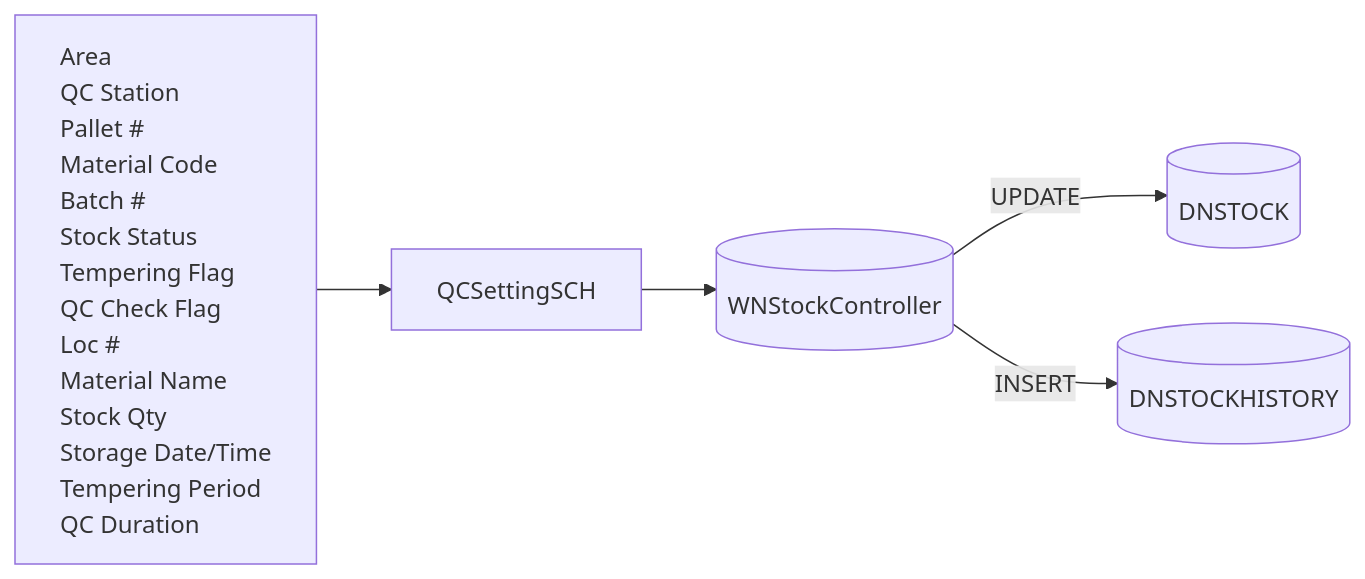
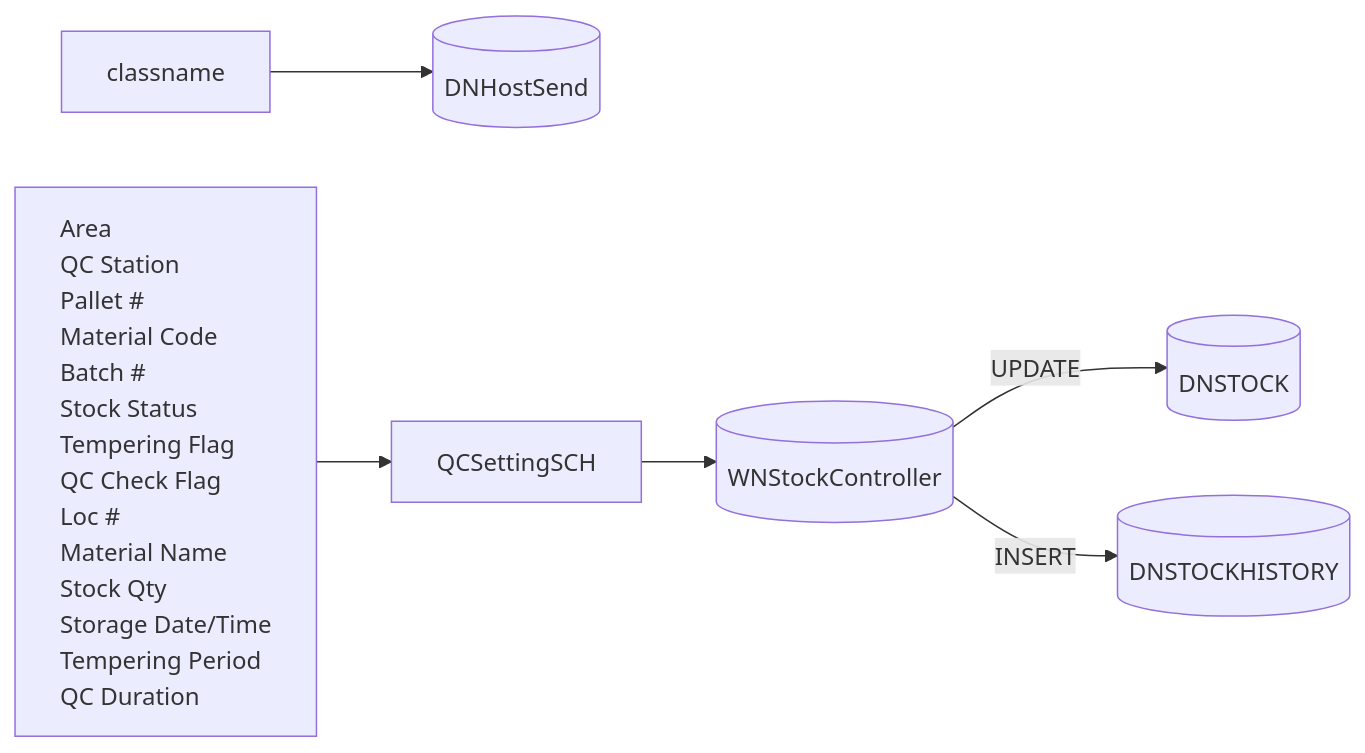
The second of 2 diagrams in Basic-Design/DFD-WMS/QC-Setting/Update-QC-Status.md (luthfiadityaa/SimeDarby-Wiki), drawn with Mermaid before and after one commit. The commit also changed other lines of this file, not shown here.

```diff
--- a/Basic-Design/DFD-WMS/QC-Setting/Update-QC-Status.md
+++ b/Basic-Design/DFD-WMS/QC-Setting/Update-QC-Status.md
@@ -50,40 +50,44 @@
 ::: mermaid
 flowchart LR
     input[
         Area
         QC Station
         Pallet #
         Material Code
         Batch #
         Stock Status
         Tempering Flag
         QC Check Flag
         Loc #
         Material Name
         Stock Qty
         Storage Date/Time
         Tempering Period
         QC Duration
     ]
 
      tableList-update[("
         DNSTOCK
     ")]
 
      tableList-insert[("
         DNSTOCKHISTORY
     ")]
 	
 	 tableList-controller[("
         WNStockController
     ")]
+	 tableList-hostsend[("
+        DNHostSend
+    ")]
 
     input-->className[QCSettingSCH]
 
     className --> tableList-controller
 	tableList-controller --> |UPDATE| tableList-update
     tableList-controller --> |INSERT| tableList-insert
+	classname --> tableList-hostsend
 
     classDef leftAlign text-align:left;
     class input leftAlign;
 :::
```
